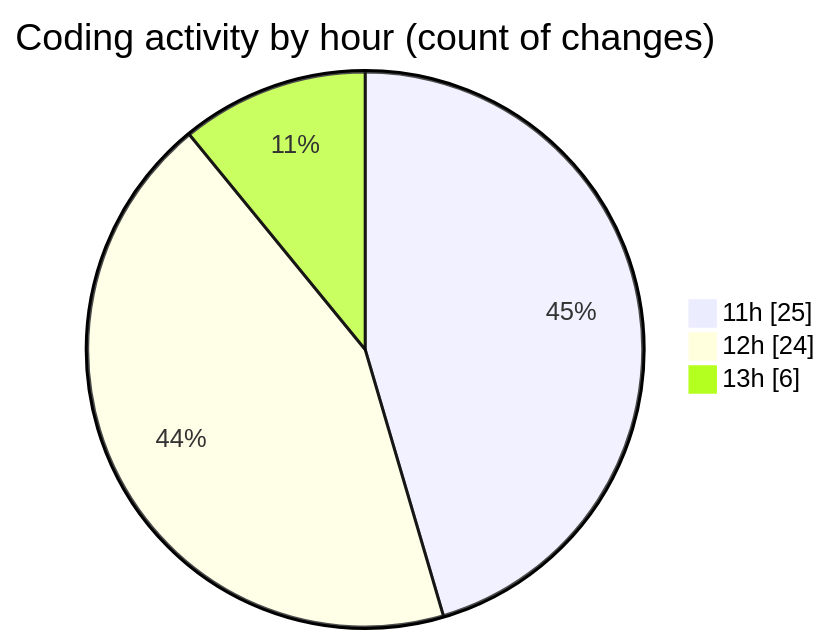
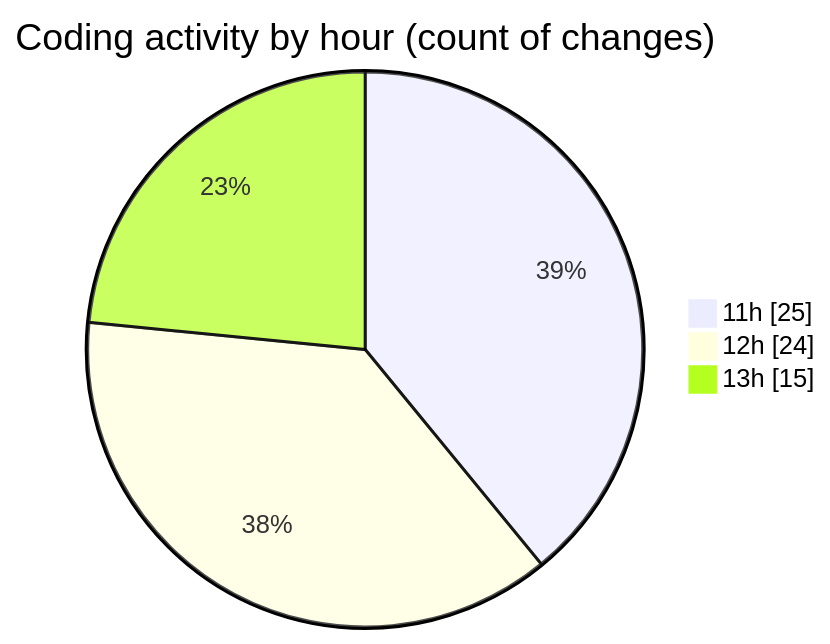
One commit to MatusMokan/code-tracking changed the second of 2 diagrams in 2025-04-12/myws__workspace_/README.md. Above: the diagram before and after it, drawn with Mermaid. The commit also changed other lines of this file and 1 other file, not shown here.

````diff
--- a/2025-04-12/myws__workspace_/README.md
+++ b/2025-04-12/myws__workspace_/README.md
@@ -30,7 +30,7 @@
 ```mermaid
 pie showData
 title Coding activity by hour (count of changes)
 "11h" : 25
 "12h" : 24
-"13h" : 6
+"13h" : 15
 ```
````
